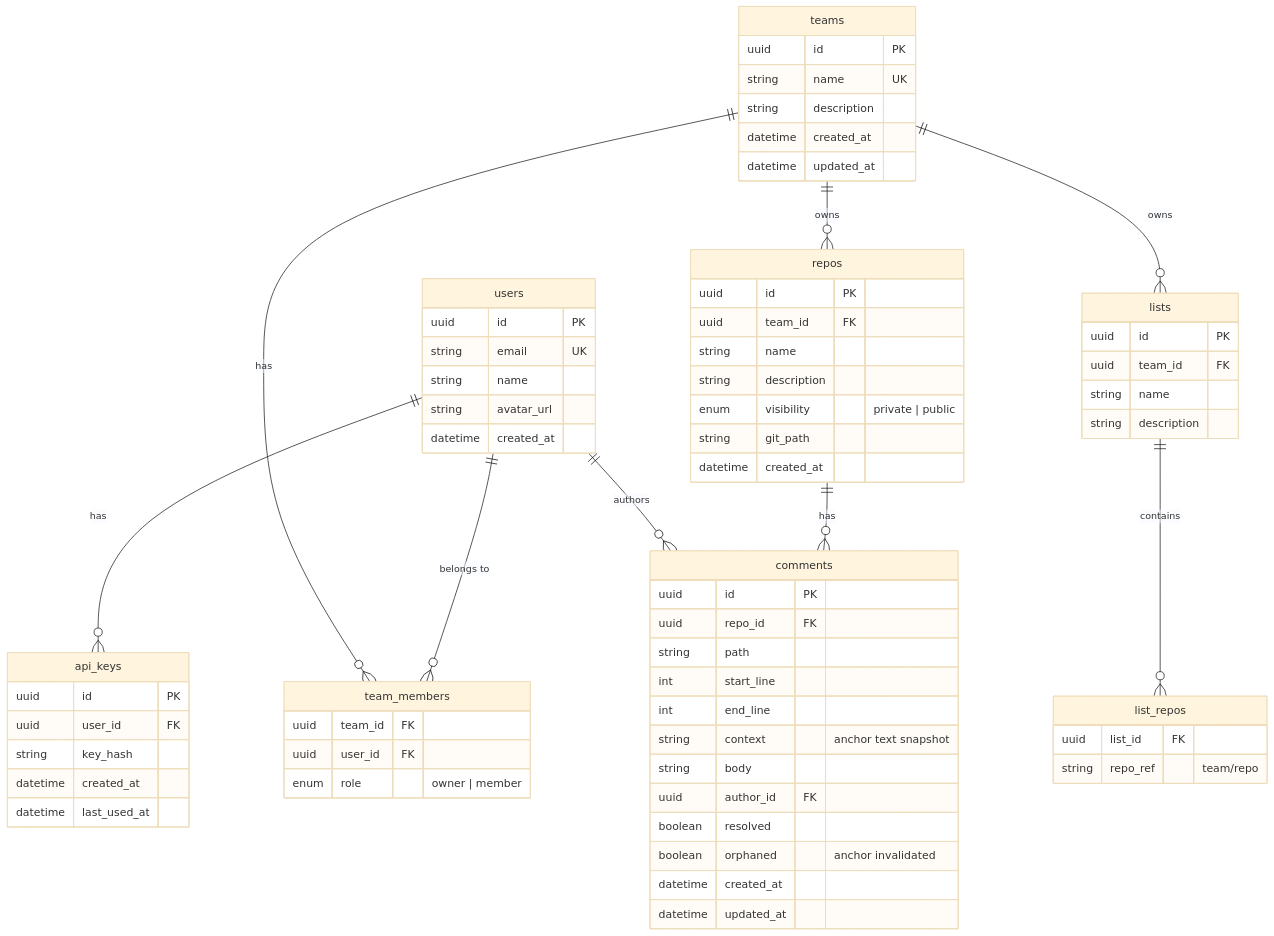
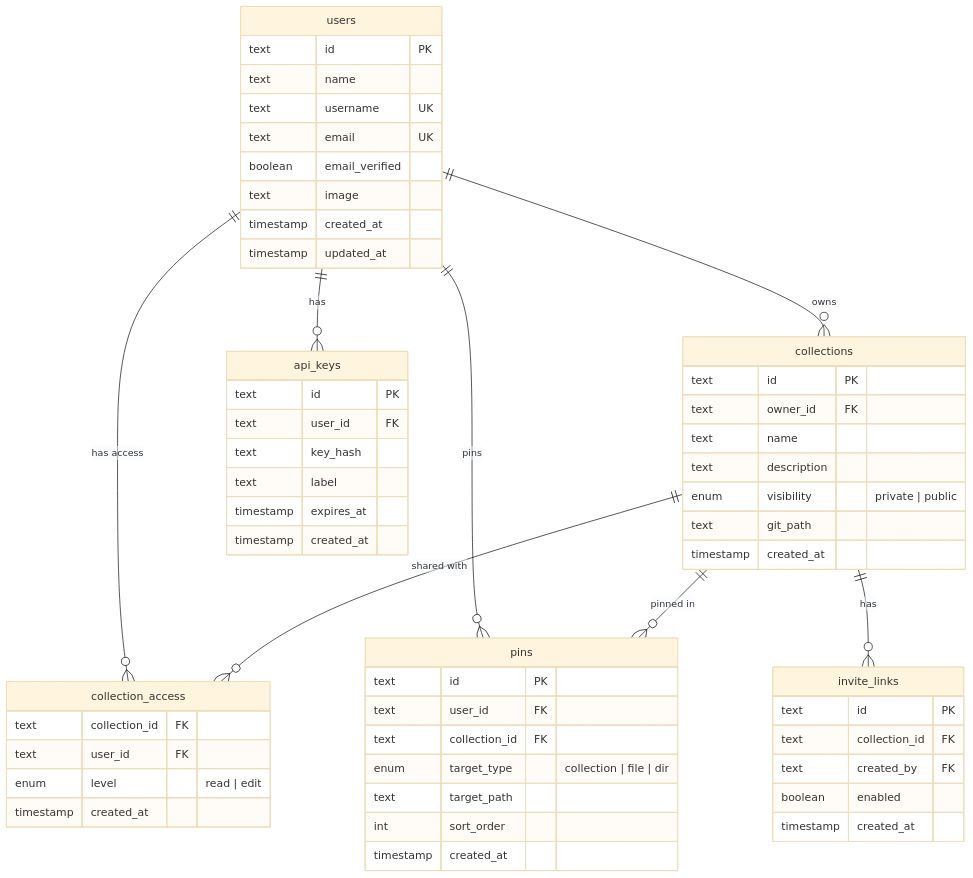
The third of 11 diagrams in design.md (glance2life/openarti), drawn with Mermaid (base theme) before and after one commit. The commit also changed other lines of this file and 162 other files, not shown here.

First line of the commit message:
refactor: 从 git-repo 架构重构为 collection/artifact 架构

````diff
--- a/design.md
+++ b/design.md
@@ -109,78 +106,65 @@
 ```mermaid
 erDiagram
     users {
-        uuid id PK
-        string email UK
-        string name
-        string avatar_url
-        datetime created_at
+        text id PK
+        text name
+        text username UK
+        text email UK
+        boolean email_verified
+        text image
+        timestamp created_at
+        timestamp updated_at
     }
 
-    teams {
-        uuid id PK
-        string name UK
-        string description
-        datetime created_at
-        datetime updated_at
+    collections {
+        text id PK
+        text owner_id FK
+        text name
+        text description
+        enum visibility "private | public"
+        text git_path
+        timestamp created_at
     }
 
-    team_members {
-        uuid team_id FK
-        uuid user_id FK
-        enum role "owner | member"
-    }
-
-    repos {
-        uuid id PK
-        uuid team_id FK
-        string name
-        string description
-        enum visibility "private | public"
-        string git_path
-        datetime created_at
+    collection_access {
+        text collection_id FK
+        text user_id FK
+        enum level "read | edit"
+        timestamp created_at
     }
 
     api_keys {
-        uuid id PK
-        uuid user_id FK
-        string key_hash
-        datetime created_at
-        datetime last_used_at
+        text id PK
+        text user_id FK
+        text key_hash
+        text label
+        timestamp expires_at
+        timestamp created_at
     }
 
-    lists {
-        uuid id PK
-        uuid team_id FK
-        string name
-        string description
+    pins {
+        text id PK
+        text user_id FK
+        text collection_id FK
+        enum target_type "collection | file | dir"
+        text target_path
+        int sort_order
+        timestamp created_at
     }
 
-    list_repos {
-        uuid list_id FK
-        string repo_ref "team/repo"
+    invite_links {
+        text id PK
+        text collection_id FK
+        text created_by FK
+        boolean enabled
+        timestamp created_at
     }
 
-    comments {
-        uuid id PK
-        uuid repo_id FK
-        string path
-        int start_line
-        int end_line
-        string context "anchor text snapshot"
-        string body
-        uuid author_id FK
-        boolean resolved
-        boolean orphaned "anchor invalidated"
-        datetime created_at
-        datetime updated_at
-    }
-
-    users ||--o{ team_members : "belongs to"
-    teams ||--o{ team_members : "has"
-    teams ||--o{ repos : "owns"
+    users ||--o{ collections : "owns"
+    users ||--o{ collection_access : "has access"
+    collections ||--o{ collection_access : "shared with"
     users ||--o{ api_keys : "has"
-    teams ||--o{ lists : "owns"
-    lists ||--o{ list_repos : "contains"
-    repos ||--o{ comments : "has"
-    users ||--o{ comments : "authors"
+    users ||--o{ pins : "pins"
+    collections ||--o{ pins : "pinned in"
+    collections ||--o{ invite_links : "has"
 ```
````
